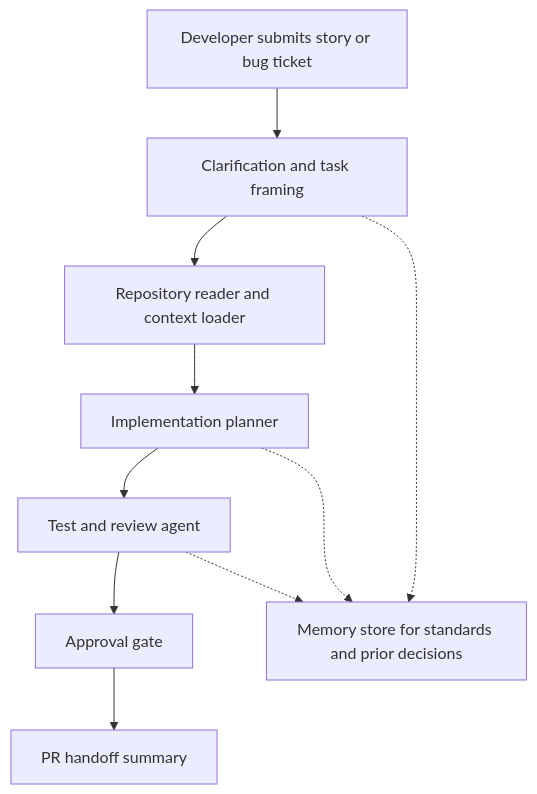
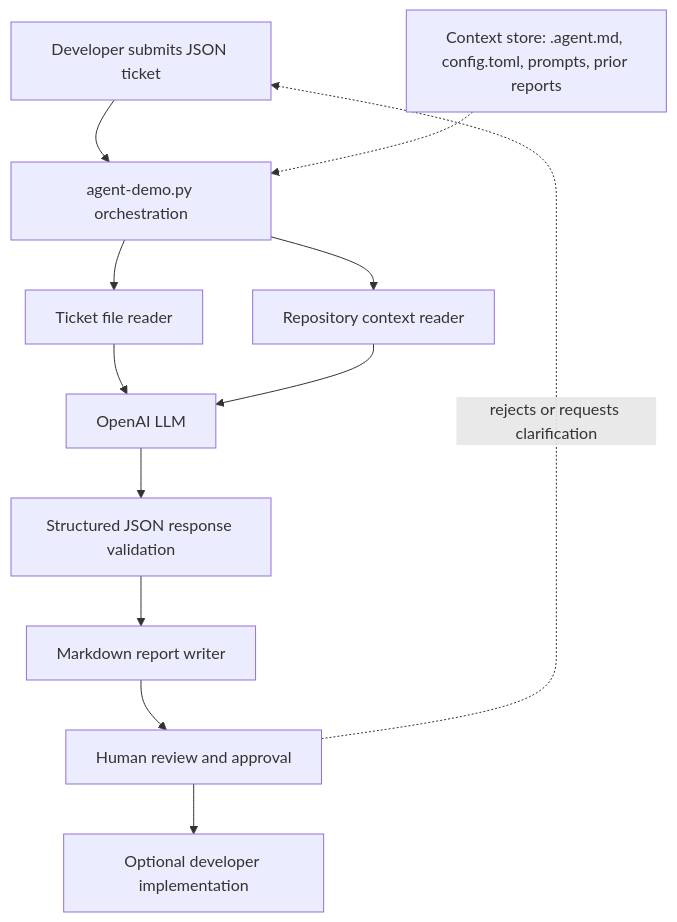
One commit to ebtenorio/MyridiusAiPoC changed the diagram in docs/architecture-diagram.md. Above: the diagram before and after it, drawn with Mermaid. The commit also changed other lines of this file and 8 other files, not shown here.

````diff
--- a/docs/architecture-diagram.md
+++ b/docs/architecture-diagram.md
@@ -3,12 +5,14 @@
 ```mermaid
 graph TD
-    A[Developer submits story or bug ticket] --> B[Clarification and task framing]
-    B --> C[Repository reader and context loader]
-    C --> D[Implementation planner]
-    D --> E[Test and review agent]
-    E --> F[Approval gate]
-    F --> G[PR handoff summary]
-    B -.-> H[Memory store for standards and prior decisions]
-    D -.-> H
-    E -.-> H
+    A[Developer submits JSON ticket] --> B[agent-demo.py orchestration]
+    B --> C[Ticket file reader]
+    B --> D[Repository context reader]
+    C --> E[OpenAI LLM]
+    D --> E
+    H[Context store: .agent.md, config.toml, prompts, prior reports] -.-> B
+    E --> F[Structured JSON response validation]
+    F --> G[Markdown report writer]
+    G --> I[Human review and approval]
+    I --> J[Optional developer implementation]
+    I -. rejects or requests clarification .-> A
 ```
````
